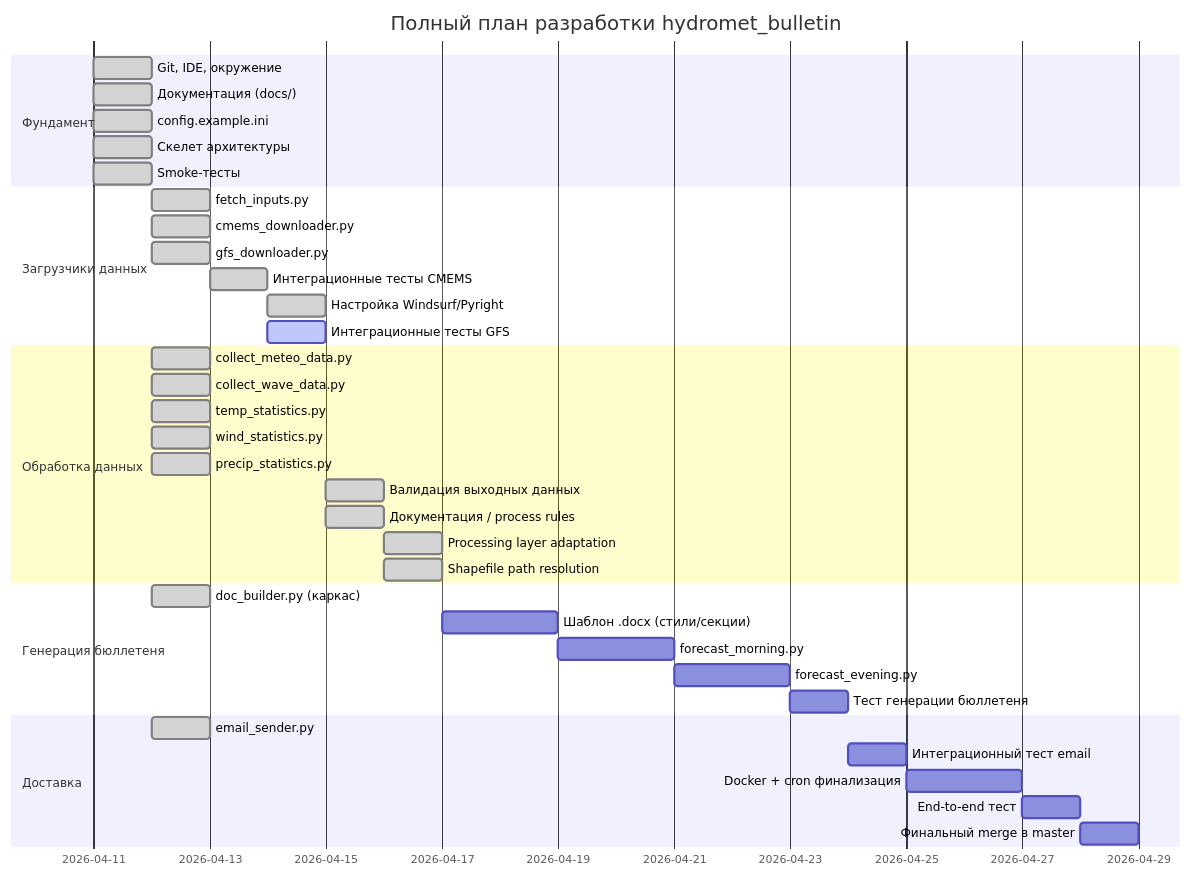
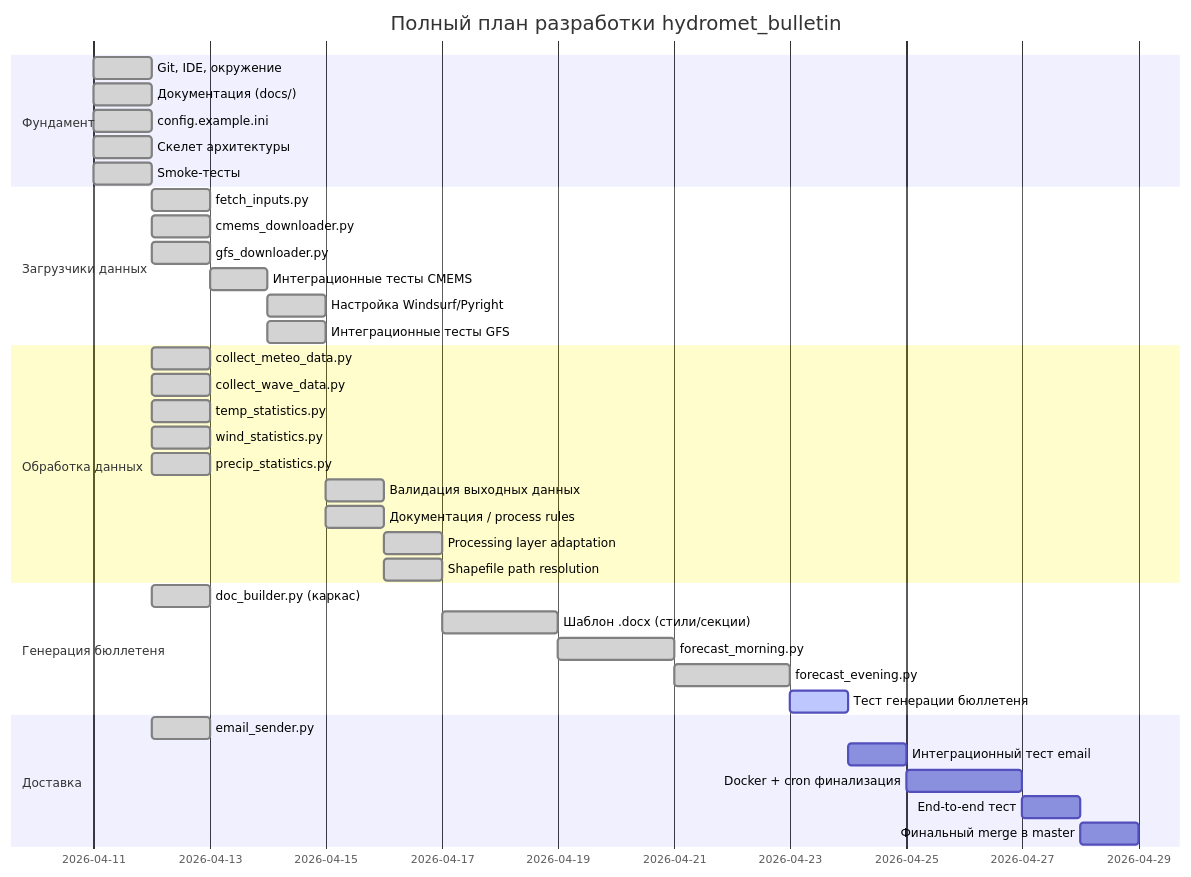
One commit to zubkovfpk/hydromet_bulletin changed the first of 2 diagrams in docs/project_progress.md. Above: the diagram before and after it, drawn with Mermaid. The commit also changed other lines of this file, not shown here.

````diff
--- a/docs/project_progress.md
+++ b/docs/project_progress.md
@@ -5,40 +5,40 @@
 ```mermaid
 gantt
     title Полный план разработки hydromet_bulletin
     dateFormat YYYY-MM-DD
     section Фундамент
     Git, IDE, окружение          :done, 2026-04-11, 1d
     Документация (docs/)         :done, 2026-04-11, 1d
     config.example.ini           :done, 2026-04-11, 1d
     Скелет архитектуры           :done, 2026-04-11, 1d
     Smoke-тесты                  :done, 2026-04-11, 1d
     section Загрузчики данных
     fetch_inputs.py              :done, 2026-04-12, 1d
     cmems_downloader.py          :done, 2026-04-12, 1d
     gfs_downloader.py            :done, 2026-04-12, 1d
     Интеграционные тесты CMEMS   :done, 2026-04-13, 1d
     Настройка Windsurf/Pyright   :done, 2026-04-14, 1d
-    Интеграционные тесты GFS     :active, 2026-04-14, 1d
+    Интеграционные тесты GFS     :done, 2026-04-14, 1d
     section Обработка данных
     collect_meteo_data.py        :done, 2026-04-12, 1d
     collect_wave_data.py         :done, 2026-04-12, 1d
     temp_statistics.py           :done, 2026-04-12, 1d
     wind_statistics.py           :done, 2026-04-12, 1d
     precip_statistics.py         :done, 2026-04-12, 1d
     Валидация выходных данных    :done, 2026-04-15, 1d
     Документация / process rules :done, 2026-04-15, 1d
     Processing layer adaptation  :done, 2026-04-16, 1d
     Shapefile path resolution    :done, 2026-04-16, 1d
     section Генерация бюллетеня
     doc_builder.py (каркас)      :done, 2026-04-12, 1d
-    Шаблон .docx (стили/секции) :2026-04-17, 2d
-    forecast_morning.py          :2026-04-19, 2d
-    forecast_evening.py          :2026-04-21, 2d
-    Тест генерации бюллетеня     :2026-04-23, 1d
+    Шаблон .docx (стили/секции) :done, 2026-04-17, 2d
+    forecast_morning.py          :done, 2026-04-19, 2d
+    forecast_evening.py          :done, 2026-04-21, 2d
+    Тест генерации бюллетеня     :active, 2026-04-23, 1d
     section Доставка
     email_sender.py              :done, 2026-04-12, 1d
     Интеграционный тест email    :2026-04-24, 1d
     Docker + cron финализация    :2026-04-25, 2d
     End-to-end тест              :2026-04-27, 1d
     Финальный merge в master     :2026-04-28, 1d
 ```
````
